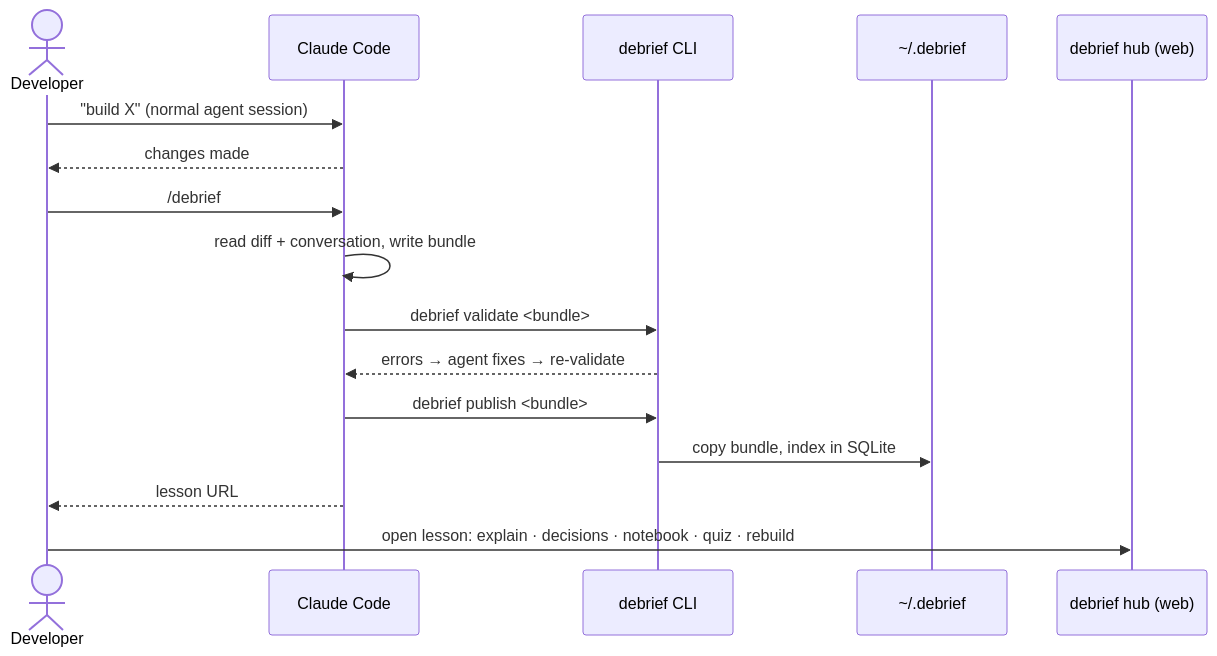
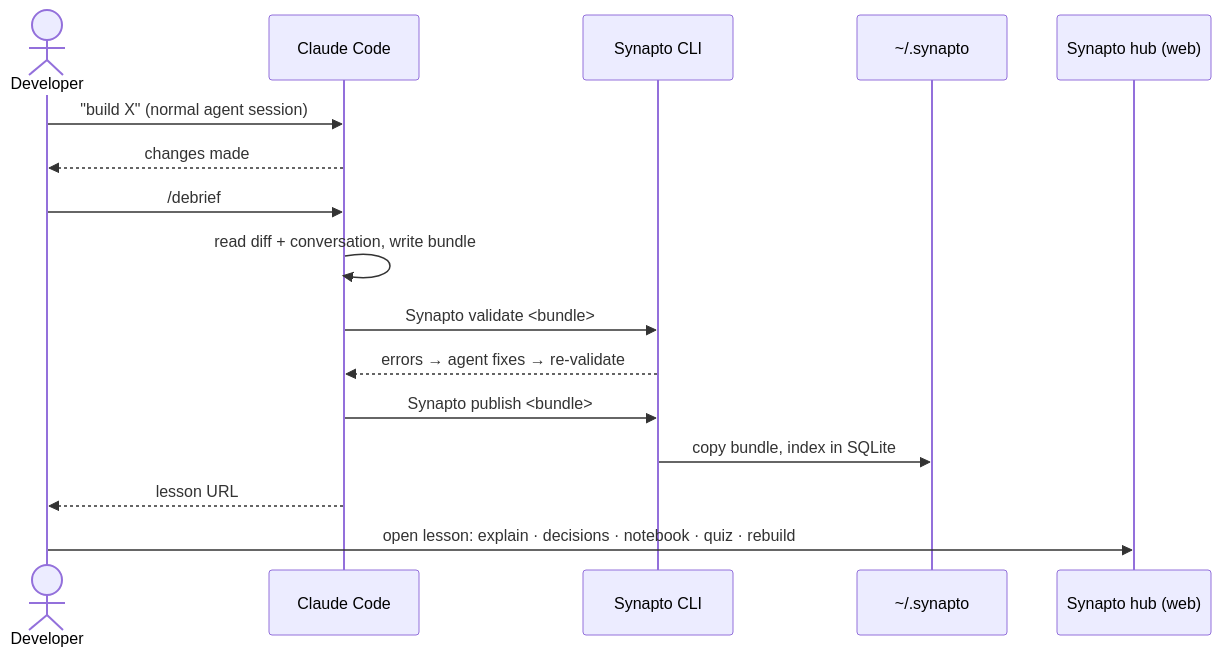
One commit to rick-scheper/synapto changed the first of 2 diagrams in docs/spec.md. Above: the diagram before and after it, drawn with Mermaid. The commit also changed other lines of this file and 51 other files, not shown here.

````diff
--- a/docs/spec.md
+++ b/docs/spec.md
@@ -39,19 +39,19 @@
 ```mermaid
 sequenceDiagram
     actor Dev as Developer
     participant CC as Claude Code
-    participant CLI as debrief CLI
-    participant Store as ~/.debrief
-    participant Hub as debrief hub (web)
+    participant CLI as Synapto CLI
+    participant Store as ~/.synapto
+    participant Hub as Synapto hub (web)
 
     Dev->>CC: "build X" (normal agent session)
     CC-->>Dev: changes made
     Dev->>CC: /debrief
     CC->>CC: read diff + conversation, write bundle
-    CC->>CLI: debrief validate <bundle>
+    CC->>CLI: Synapto validate <bundle>
     CLI-->>CC: errors → agent fixes → re-validate
-    CC->>CLI: debrief publish <bundle>
+    CC->>CLI: Synapto publish <bundle>
     CLI->>Store: copy bundle, index in SQLite
     CC-->>Dev: lesson URL
     Dev->>Hub: open lesson: explain · decisions · notebook · quiz · rebuild
 ```
````
